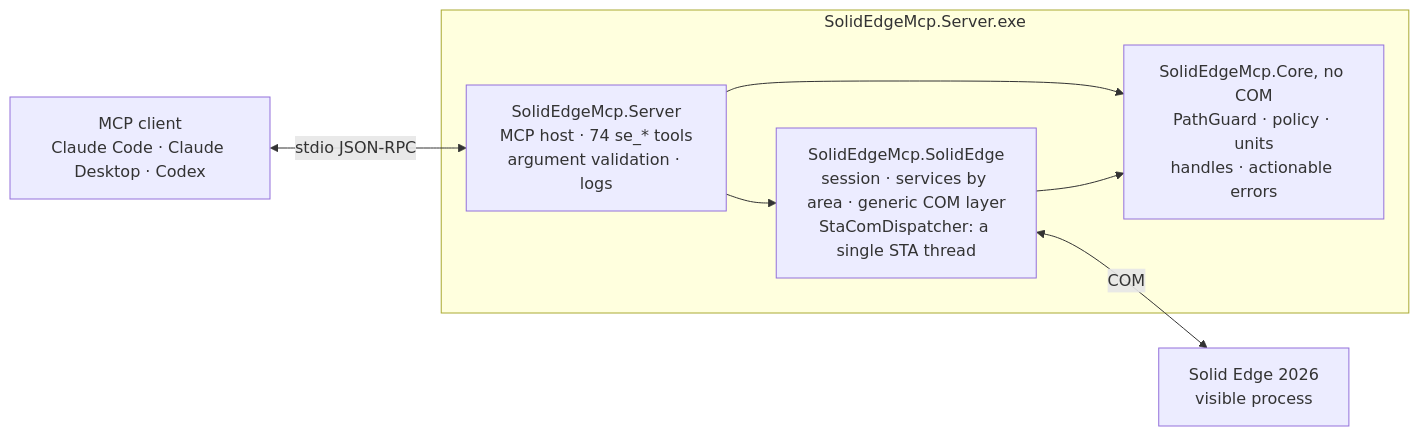
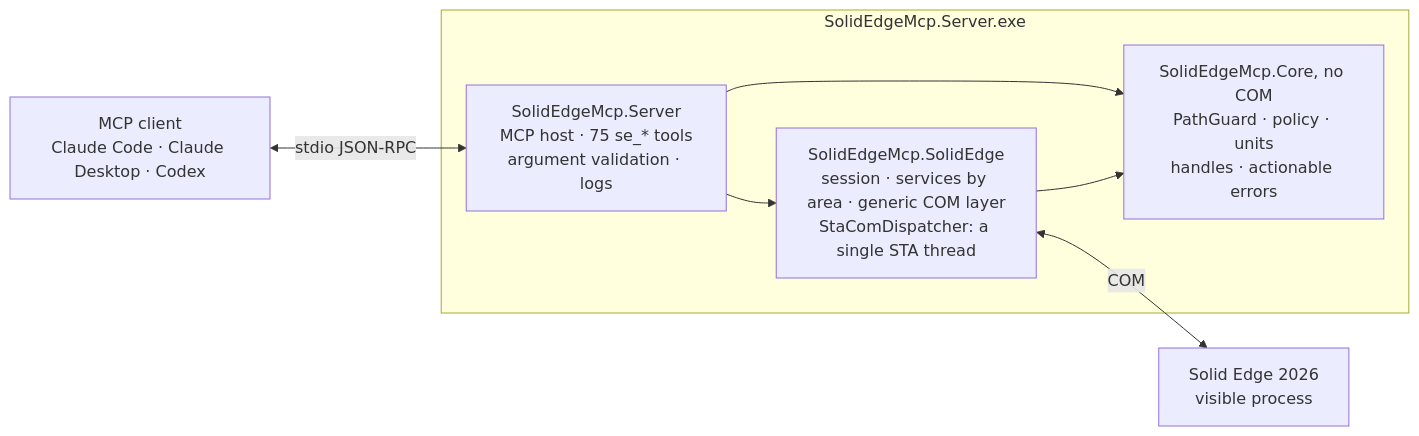
The diagram in README.md (gabichuuuuu/solid-edge-mcp), drawn with Mermaid before and after one commit. The commit also changed other lines of this file and 12 other files, not shown here.

````diff
--- a/README.md
+++ b/README.md
@@ -317,18 +318,18 @@
 ```mermaid
 flowchart LR
     client["MCP client<br/>Claude Code · Claude Desktop · Codex"]
 
     subgraph exe ["SolidEdgeMcp.Server.exe"]
-        server["SolidEdgeMcp.Server<br/>MCP host · 74 se_* tools<br/>argument validation · logs"]
+        server["SolidEdgeMcp.Server<br/>MCP host · 75 se_* tools<br/>argument validation · logs"]
         se["SolidEdgeMcp.SolidEdge<br/>session · services by area · generic COM layer<br/>StaComDispatcher: a single STA thread"]
         core["SolidEdgeMcp.Core, no COM<br/>PathGuard · policy · units<br/>handles · actionable errors"]
         server --> se
         server --> core
         se --> core
     end
 
     app["Solid Edge 2026<br/>visible process"]
 
     client <-->|stdio JSON-RPC| server
     se <-->|COM| app
 ```
````
